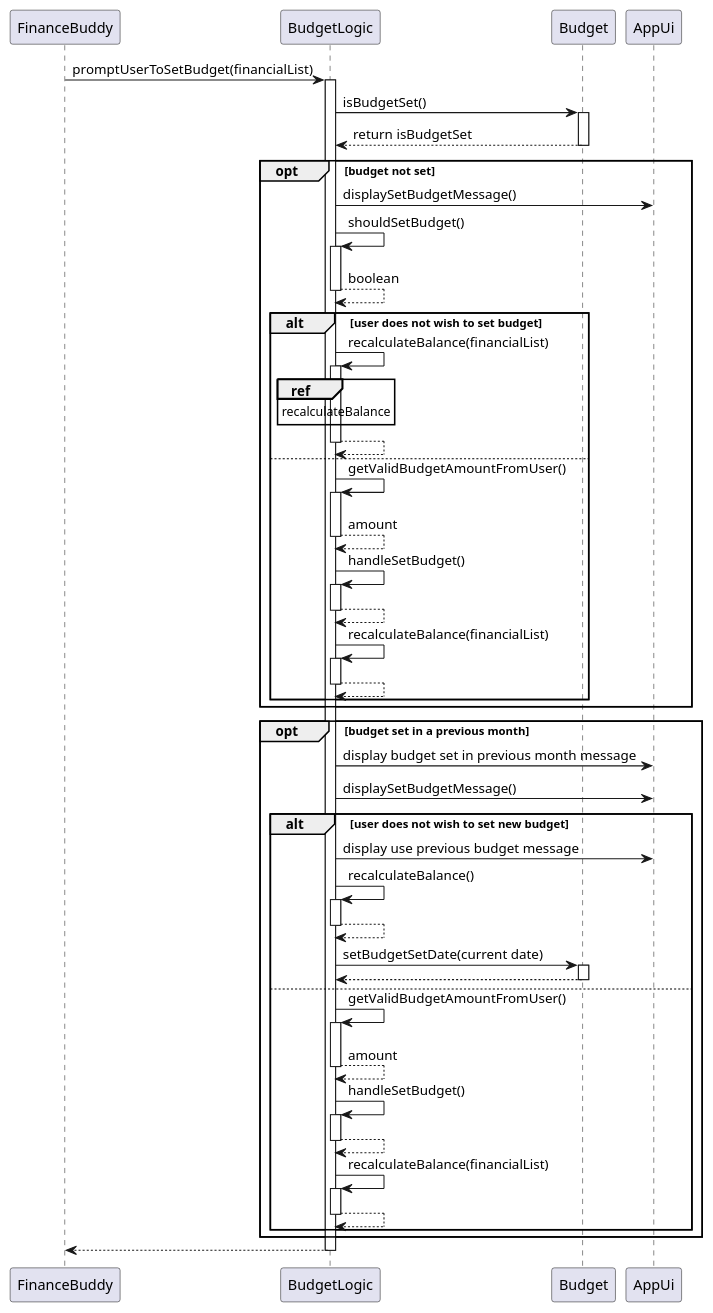
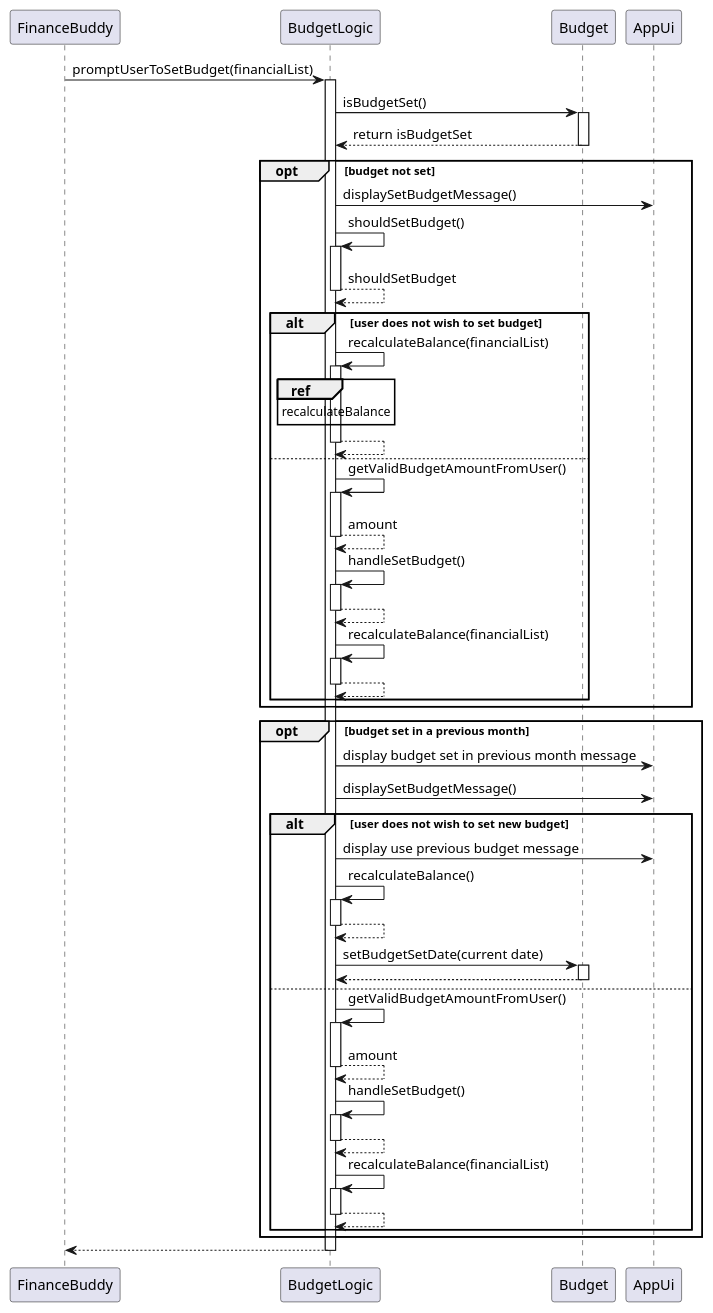
Before and after one commit to nus-cs2113-AY2425S1/tp: the diagram in docs/UML/promptUserSetBudgetSequence.puml, drawn with PlantUML. The commit also changed 4 other files, not shown here.

```diff
--- a/docs/UML/promptUserSetBudgetSequence.puml
+++ b/docs/UML/promptUserSetBudgetSequence.puml
@@ -1,64 +1,64 @@
 @startuml
 
 participant FinanceBuddy
 participant BudgetLogic
 participant Budget
 participant AppUi
 
 FinanceBuddy -> BudgetLogic: promptUserToSetBudget(financialList)
 activate BudgetLogic
 BudgetLogic -> Budget: isBudgetSet()
 activate Budget
 Budget --> BudgetLogic: return isBudgetSet
 deactivate Budget
 
 opt budget not set
     BudgetLogic -> AppUi: displaySetBudgetMessage()
     BudgetLogic -> BudgetLogic: shouldSetBudget()
     activate BudgetLogic
-    return boolean
+    return shouldSetBudget
     alt user does not wish to set budget
         BudgetLogic -> BudgetLogic: recalculateBalance(financialList)
         activate BudgetLogic
         ref over BudgetLogic
         recalculateBalance
         end
         return
     else
         BudgetLogic -> BudgetLogic: getValidBudgetAmountFromUser()
         activate BudgetLogic
         return amount
         BudgetLogic -> BudgetLogic: handleSetBudget()
         activate BudgetLogic
         return
         BudgetLogic -> BudgetLogic: recalculateBalance(financialList)
         activate BudgetLogic
         return
     end
 end
 opt budget set in a previous month
     BudgetLogic -> AppUi: display budget set in previous month message
     BudgetLogic -> AppUi: displaySetBudgetMessage()
     alt user does not wish to set new budget
         BudgetLogic -> AppUi: display use previous budget message
         BudgetLogic -> BudgetLogic: recalculateBalance()
         activate BudgetLogic
         return
         BudgetLogic -> Budget: setBudgetSetDate(current date)
         activate Budget
         return
     else
         BudgetLogic -> BudgetLogic: getValidBudgetAmountFromUser()
         activate BudgetLogic
         return amount
         BudgetLogic -> BudgetLogic: handleSetBudget()
         activate BudgetLogic
         return
         BudgetLogic -> BudgetLogic: recalculateBalance(financialList)
         activate BudgetLogic
         return
     end
 end
 
 return
 @enduml
```
